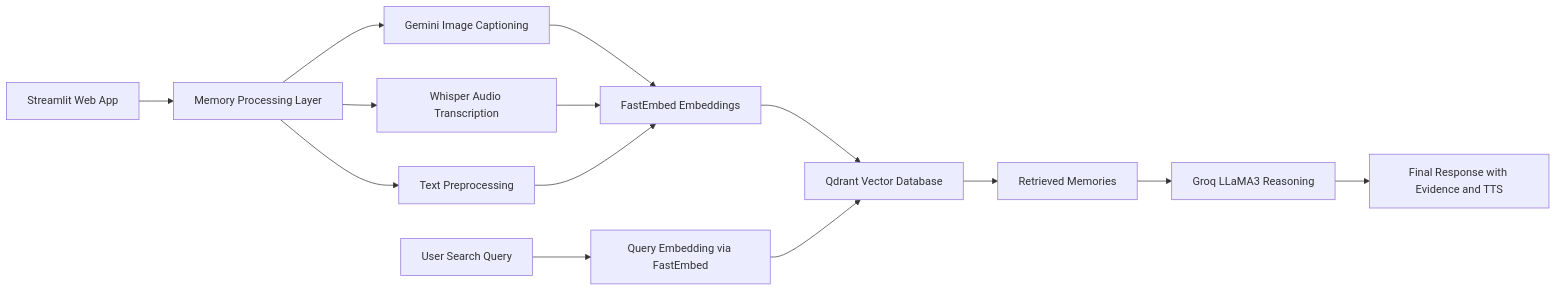
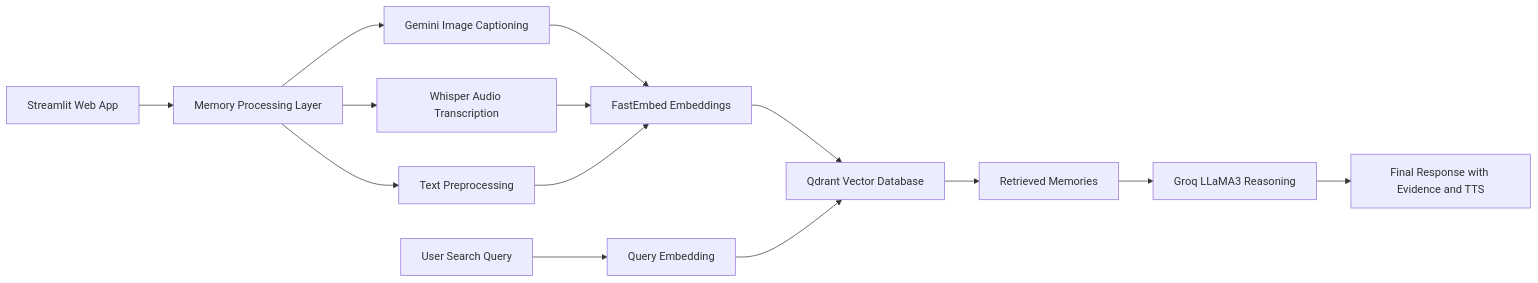
One commit to deepdas2607/LifeLens changed the first of 3 diagrams in README.md. Above: the diagram before and after it, drawn with Mermaid. The commit also changed other lines of this file, not shown here.

````diff
--- a/README.md
+++ b/README.md
@@ -134,22 +141,22 @@
 ```mermaid
 flowchart LR
 
 UI[Streamlit Web App] --> MP[Memory Processing Layer]
 
 MP --> IMG[Gemini Image Captioning]
 MP --> AUD[Whisper Audio Transcription]
 MP --> TXT[Text Preprocessing]
 
 IMG --> EMB[FastEmbed Embeddings]
 AUD --> EMB
 TXT --> EMB
 
 EMB --> QDR[Qdrant Vector Database]
 
-SRCH[User Search Query] --> QEMB[Query Embedding via FastEmbed]
+SRCH[User Search Query] --> QEMB[Query Embedding]
 QEMB --> QDR
 QDR --> RES[Retrieved Memories]
 
 RES --> LLM[Groq LLaMA3 Reasoning]
 LLM --> OUT[Final Response with Evidence and TTS]
 ```
````
